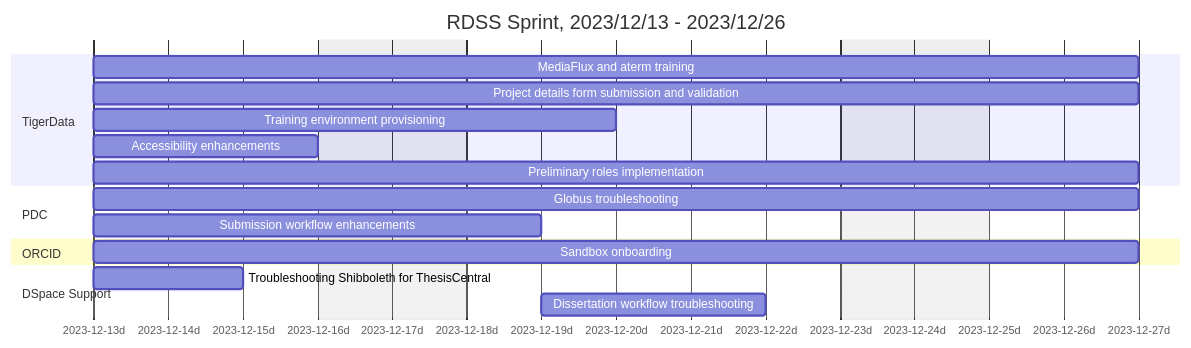
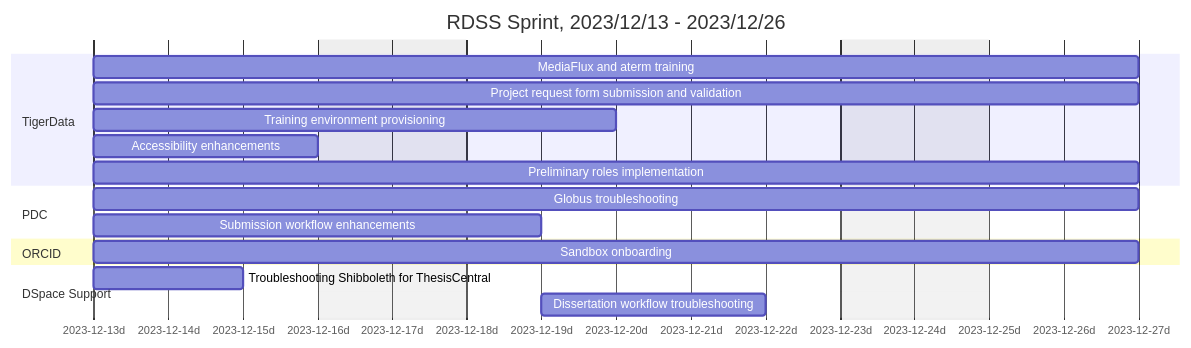
One commit to pulibrary/rdss-handbook changed the third of 38 diagrams in roadmap.md. Above: the diagram before and after it, drawn with Mermaid. The commit also changed other lines of this file, not shown here.

````diff
--- a/roadmap.md
+++ b/roadmap.md
@@ -46,21 +54,21 @@
 ```mermaid
 gantt
     title RDSS Sprint, 2023/12/13 - 2023/12/26
     axisFormat  %Y-%m-%dd
     dateformat YYYY-MM-DD
     excludes weekends
     section TigerData
     MediaFlux and aterm training: td1, 2023-12-13, 10d
-    Project details form submission and validation: td2, 2023-12-13, 10d
+    Project request form submission and validation: td2, 2023-12-13, 10d
     Training environment provisioning: td3, 2023-12-13, 5d
     Accessibility enhancements: td4, 2023-12-13, 3d
     Preliminary roles implementation: td5, 2023-12-13, 10d
     section PDC
     Globus troubleshooting: pdc1, 2023-12-13, 10d
     Submission workflow enhancements: pdc2, 2023-12-13, 4d
     section ORCID
     Sandbox onboarding: op1, 2023-12-13, 10d 
     section DSpace Support
     Troubleshooting Shibboleth for ThesisCentral: dsp2, 2023-12-13, 2d  
     Dissertation workflow troubleshooting: dsp1, 2023-12-19, 3d
 ```
````
